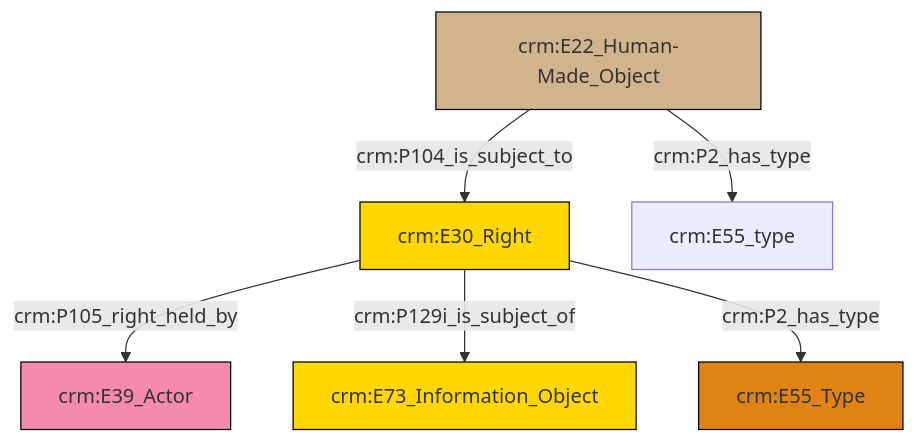
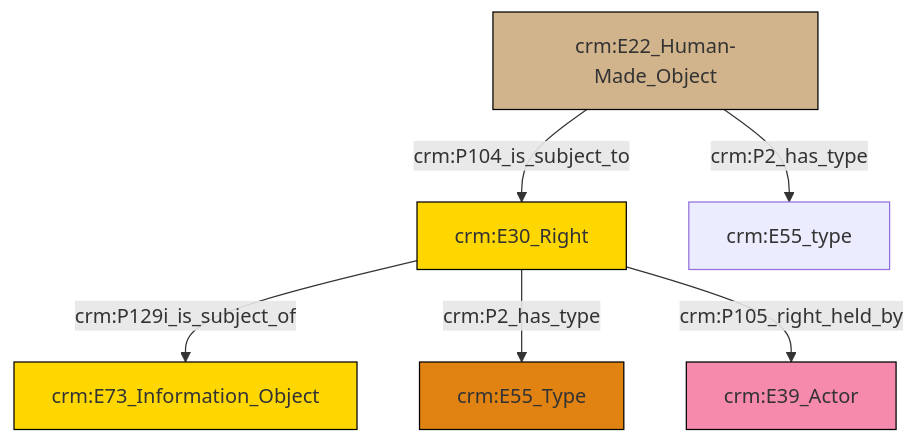
Before and after one commit to swiss-art-research-net/reference-data-models: the diagram in et/builtWorkCSV/ttl/mmd/Built_Work_rights.ttl.mmd, drawn with Mermaid. The commit also changed 151 other files, not shown here.

```diff
--- a/et/builtWorkCSV/ttl/mmd/Built_Work_rights.ttl.mmd
+++ b/et/builtWorkCSV/ttl/mmd/Built_Work_rights.ttl.mmd
@@ -1,20 +1,20 @@
 graph TD
 classDef Literal fill:#f2f2f2,stroke:#000000;
 classDef CRM_Entity fill:#FFFFFF,stroke:#000000;
 classDef Temporal_Entity fill:#00C9E6, stroke:#000000;
 classDef Type fill:#E18312, stroke:#000000;
 classDef Time-Span fill:#2C9C91, stroke:#000000;
 classDef Appellation fill:#FFEB7F, stroke:#000000;
 classDef Place fill:#008836, stroke:#000000;
 classDef Persistent_Item fill:#B266B2, stroke:#000000;
 classDef Conceptual_Object fill:#FFD700, stroke:#000000;
 classDef Physical_Thing fill:#D2B48C, stroke:#000000;
 classDef Actor fill:#f58aad, stroke:#000000;
 classDef PC_Classes fill:#4ce600, stroke:#000000;
 classDef Multi fill:#cccccc,stroke:#000000;
 
-0["crm:E30_Right"]:::Conceptual_Object -->|crm:P105_right_held_by| 1["crm:E39_Actor"]:::Actor
-2["crm:E22_Human-Made_Object"]:::Physical_Thing -->|crm:P104_is_subject_to| 0["crm:E30_Right"]:::Conceptual_Object
-2["crm:E22_Human-Made_Object"]:::Physical_Thing -->|crm:P2_has_type| 3["crm:E55_type"]:::Default
-0["crm:E30_Right"]:::Conceptual_Object -->|crm:P129i_is_subject_of| 8["crm:E73_Information_Object"]:::Conceptual_Object
-0["crm:E30_Right"]:::Conceptual_Object -->|crm:P2_has_type| 6["crm:E55_Type"]:::Type
+0["crm:E30_Right"]:::Conceptual_Object -->|crm:P129i_is_subject_of| 1["crm:E73_Information_Object"]:::Conceptual_Object
+3["crm:E22_Human-Made_Object"]:::Physical_Thing -->|crm:P104_is_subject_to| 0["crm:E30_Right"]:::Conceptual_Object
+0["crm:E30_Right"]:::Conceptual_Object -->|crm:P2_has_type| 7["crm:E55_Type"]:::Type
+3["crm:E22_Human-Made_Object"]:::Physical_Thing -->|crm:P2_has_type| 5["crm:E55_type"]:::Default
+0["crm:E30_Right"]:::Conceptual_Object -->|crm:P105_right_held_by| 9["crm:E39_Actor"]:::Actor
```
